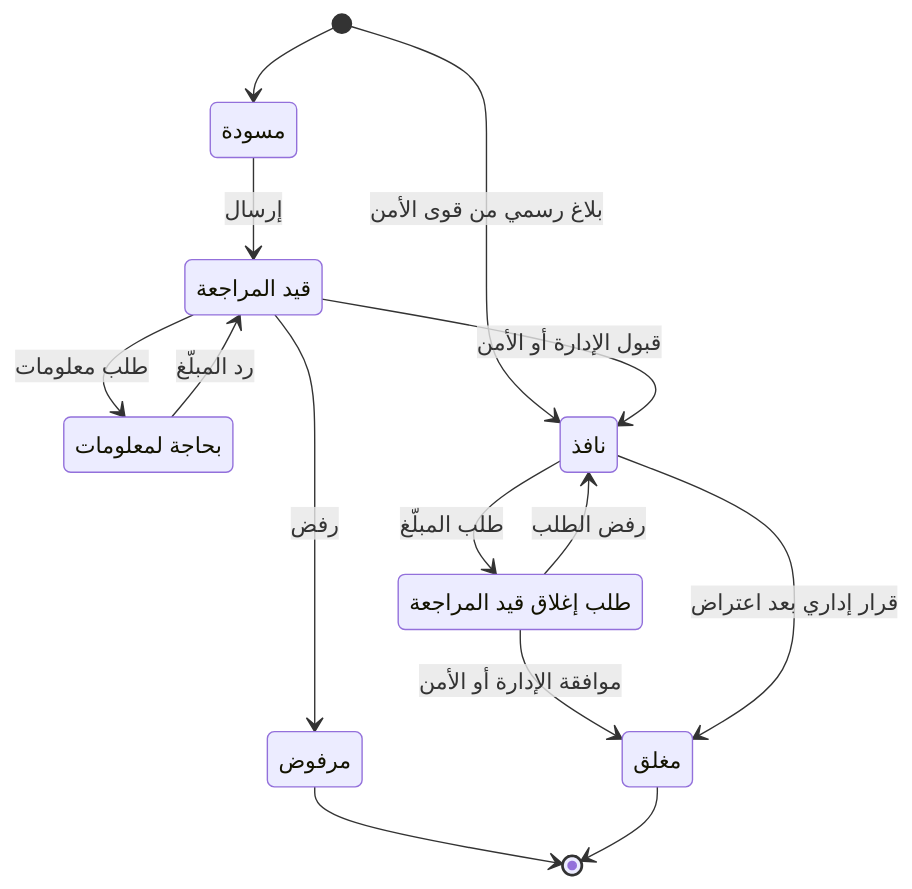
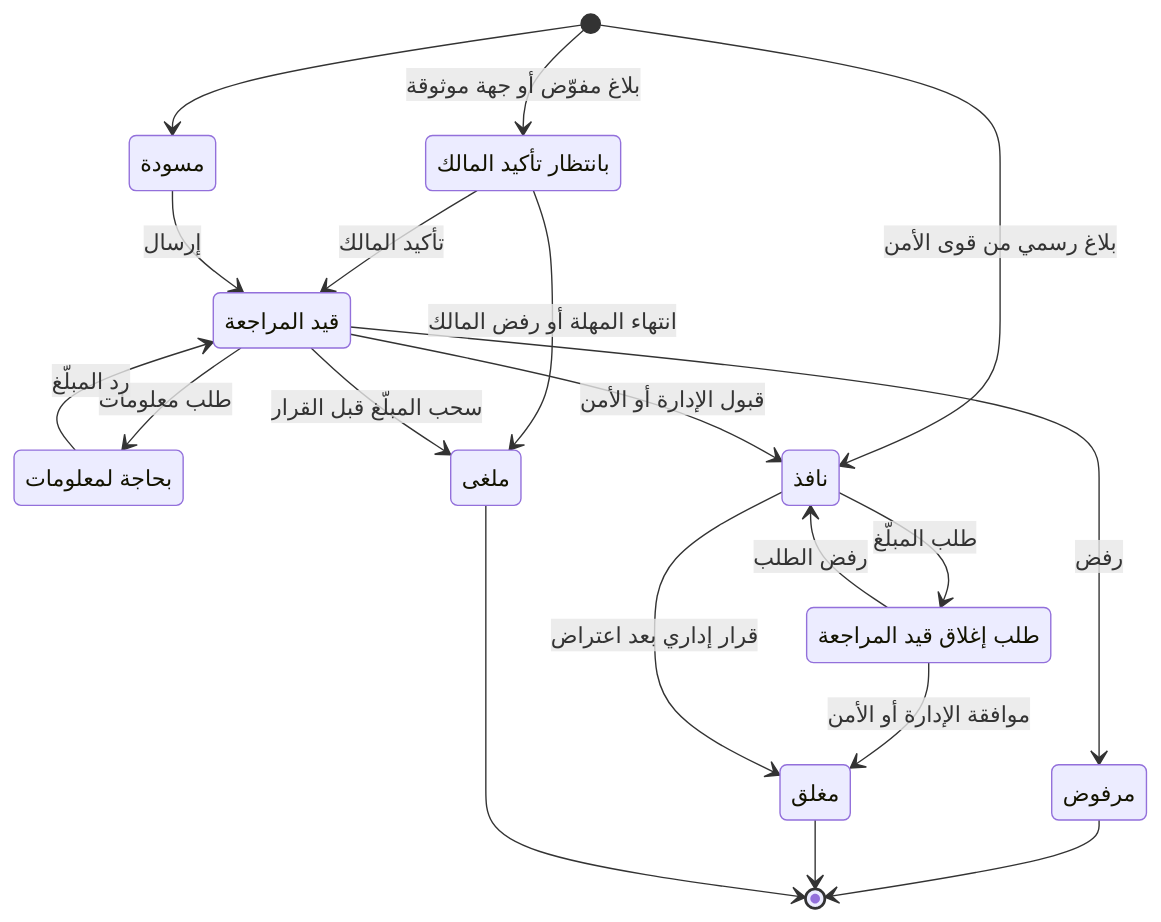
Before and after one commit to servacode/imei: the diagram in docs/06-business-rules.md, drawn with Mermaid. The commit also changed other lines of this file and 9 other files, not shown here.

````diff
--- a/docs/06-business-rules.md
+++ b/docs/06-business-rules.md
@@ -44,23 +47,30 @@
 ```mermaid
 stateDiagram-v2
     state "مسودة" as Draft
     state "قيد المراجعة" as Pending
     state "بحاجة لمعلومات" as NeedsInfo
     state "مرفوض" as Rejected
     state "نافذ" as Active
     state "طلب إغلاق قيد المراجعة" as ClosureRequested
     state "مغلق" as Closed
+    state "بانتظار تأكيد المالك" as AwaitingOwner
+    state "ملغى" as Cancelled
     [*] --> Draft
+    [*] --> AwaitingOwner: بلاغ مفوّض أو جهة موثوقة
+    AwaitingOwner --> Pending: تأكيد المالك
+    AwaitingOwner --> Cancelled: انتهاء المهلة أو رفض المالك
+    Pending --> Cancelled: سحب المبلّغ قبل القرار
     [*] --> Active: بلاغ رسمي من قوى الأمن
     Draft --> Pending: إرسال
     Pending --> NeedsInfo: طلب معلومات
     NeedsInfo --> Pending: رد المبلّغ
     Pending --> Rejected: رفض
     Pending --> Active: قبول الإدارة أو الأمن
     Active --> ClosureRequested: طلب المبلّغ
     ClosureRequested --> Active: رفض الطلب
     ClosureRequested --> Closed: موافقة الإدارة أو الأمن
     Active --> Closed: قرار إداري بعد اعتراض
     Rejected --> [*]
     Closed --> [*]
+    Cancelled --> [*]
 ```
````
